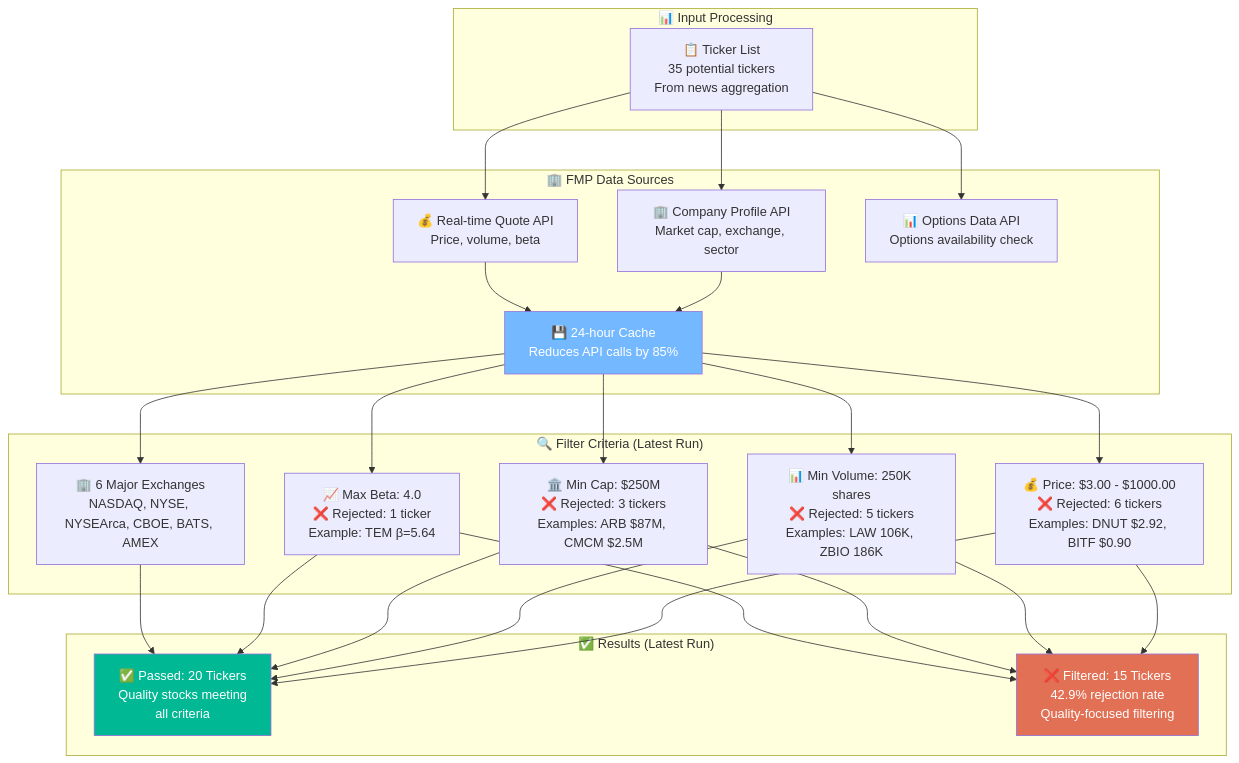
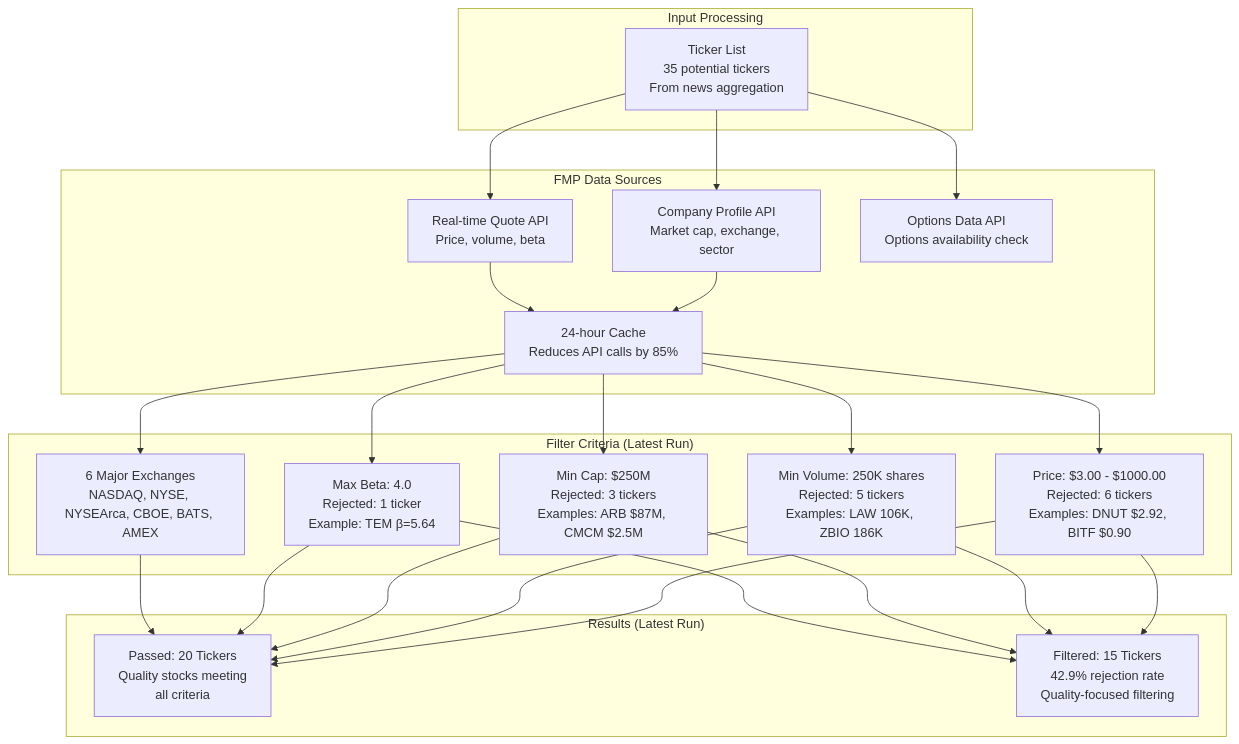
The fifth of 8 diagrams in news_cruncher/README.md (jaygasi/news_analyzer), drawn with Mermaid before and after one commit. The commit also changed other lines of this file, not shown here.

Commit message:
most are working, added the cache for the bad tickers that get rejected by fmp

````diff
--- a/news_cruncher/README.md
+++ b/news_cruncher/README.md
@@ -970,53 +303,49 @@
 ```mermaid
 graph TD
-    subgraph "📊 Input Processing"
-        TickerInput[📋 Ticker List<br/>35 potential tickers<br/>From news aggregation]
+    subgraph "Input Processing"
+        TickerInput["Ticker List<br/>35 potential tickers<br/>From news aggregation"]
     end
     
-    subgraph "🏢 FMP Data Sources"
-        FMPProfile[🏢 Company Profile API<br/>Market cap, exchange, sector]
-        FMPQuote[💰 Real-time Quote API<br/>Price, volume, beta]
-        OptionsAPI[📊 Options Data API<br/>Options availability check]
-        Cache[💾 24-hour Cache<br/>Reduces API calls by 85%]
+    subgraph "FMP Data Sources"
+        FMPProfile["Company Profile API<br/>Market cap, exchange, sector"]
+        FMPQuote["Real-time Quote API<br/>Price, volume, beta"]
+        OptionsAPI["Options Data API<br/>Options availability check"]
+        Cache["24-hour Cache<br/>Reduces API calls by 85%"]
     end
     
-    subgraph "🔍 Filter Criteria (Latest Run)"
-        PriceRange[💰 Price: $3.00 - $1000.00<br/>❌ Rejected: 6 tickers<br/>Examples: DNUT $2.92, BITF $0.90]
-        Volume[📊 Min Volume: 250K shares<br/>❌ Rejected: 5 tickers<br/>Examples: LAW 106K, ZBIO 186K]
-        MarketCap[🏛️ Min Cap: $250M<br/>❌ Rejected: 3 tickers<br/>Examples: ARB $87M, CMCM $2.5M]
-        Beta[📈 Max Beta: 4.0<br/>❌ Rejected: 1 ticker<br/>Example: TEM β=5.64]
-        Exchanges[🏢 6 Major Exchanges<br/>NASDAQ, NYSE, NYSEArca, CBOE, BATS, AMEX]
+    subgraph "Filter Criteria (Latest Run)"
+        PriceRange["Price: $3.00 - $1000.00<br/>Rejected: 6 tickers<br/>Examples: DNUT $2.92, BITF $0.90"]
+        Volume["Min Volume: 250K shares<br/>Rejected: 5 tickers<br/>Examples: LAW 106K, ZBIO 186K"]
+        MarketCap["Min Cap: $250M<br/>Rejected: 3 tickers<br/>Examples: ARB $87M, CMCM $2.5M"]
+        Beta["Max Beta: 4.0<br/>Rejected: 1 ticker<br/>Example: TEM β=5.64"]
+        Exchanges["6 Major Exchanges<br/>NASDAQ, NYSE, NYSEArca, CBOE, BATS, AMEX"]
     end
     
-    subgraph "✅ Results (Latest Run)"
-        Passed[✅ Passed: 20 Tickers<br/>Quality stocks meeting<br/>all criteria]
-        Rejected[❌ Filtered: 15 Tickers<br/>42.9% rejection rate<br/>Quality-focused filtering]
+    subgraph "Results (Latest Run)"
+        Passed["Passed: 20 Tickers<br/>Quality stocks meeting<br/>all criteria"]
+        Rejected["Filtered: 15 Tickers<br/>42.9% rejection rate<br/>Quality-focused filtering"]
     end
     
     TickerInput --> FMPProfile
     TickerInput --> FMPQuote
     TickerInput --> OptionsAPI
     FMPProfile --> Cache
     FMPQuote --> Cache
     
     Cache --> PriceRange
     Cache --> Volume
     Cache --> MarketCap
     Cache --> Beta
     Cache --> Exchanges
     
     PriceRange --> Passed
     Volume --> Passed
     MarketCap --> Passed
     Beta --> Passed
     Exchanges --> Passed
     
     PriceRange --> Rejected
     Volume --> Rejected
     MarketCap --> Rejected
     Beta --> Rejected
-    
-    style Passed fill:#00b894,color:#fff
-    style Rejected fill:#e17055,color:#fff
-    style Cache fill:#74b9ff,color:#fff
 ```
````
